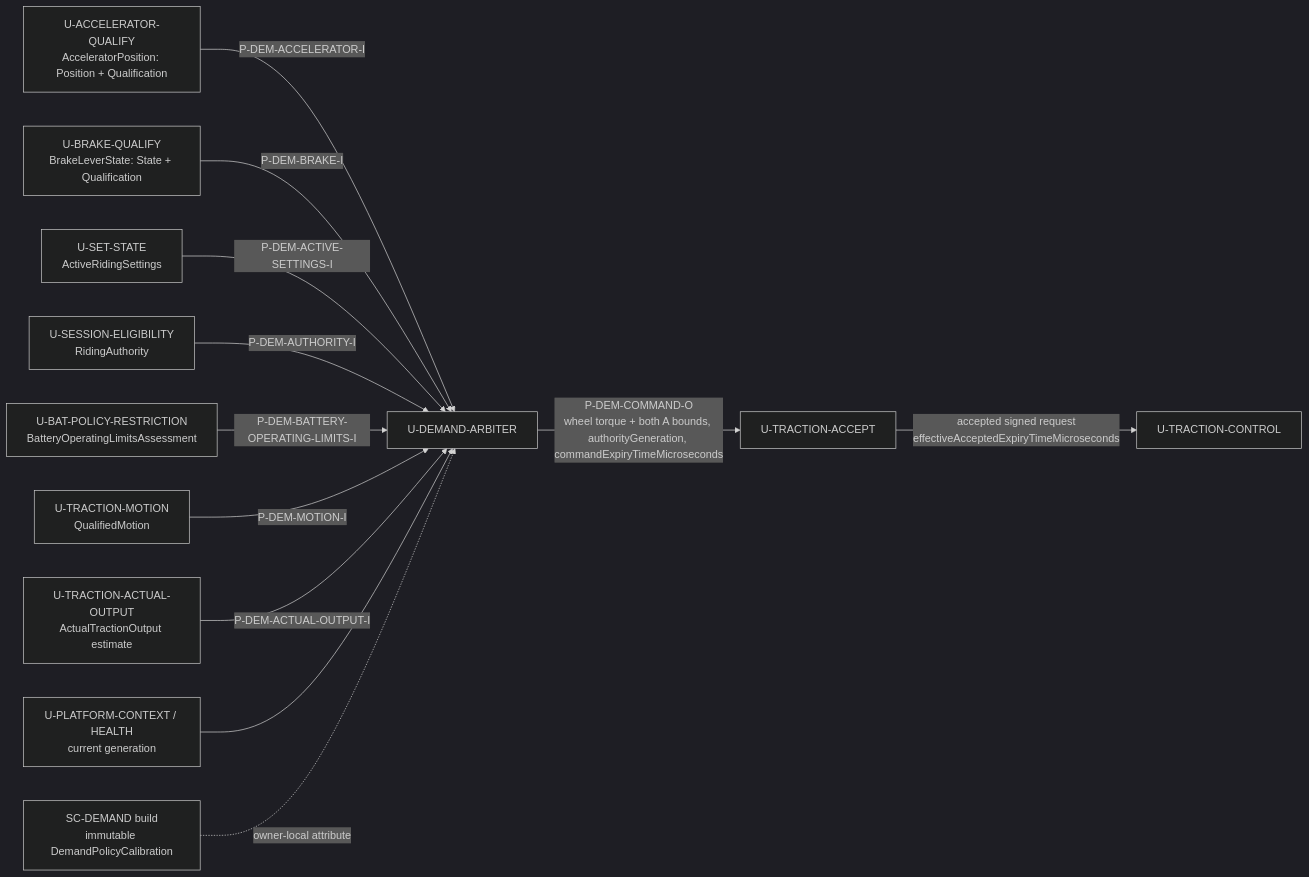
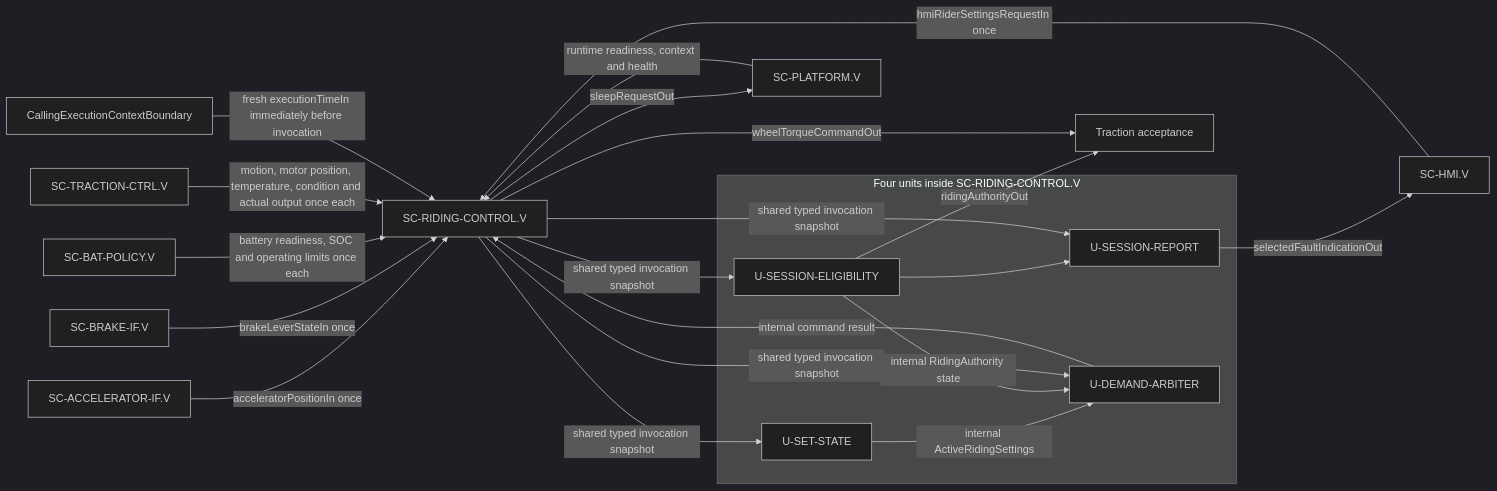
The eighth of 9 diagrams in .devenv/Architecture/SoftwareArchitecture/DetailedDesign/DD-003_Static_Software_Architecture_Views.md (dhellhake/X2CityMCU), drawn with Mermaid (dark theme) before and after one commit. The commit also changed other lines of this file and 93 other files, not shown here.

Commit message:
Refactored RidingControl on System Architecture

````diff
--- a/.devenv/Architecture/SoftwareArchitecture/DetailedDesign/DD-003_Static_Software_Architecture_Views.md
+++ b/.devenv/Architecture/SoftwareArchitecture/DetailedDesign/DD-003_Static_Software_Architecture_Views.md
@@ -268,14 +268,28 @@
 ```mermaid
 flowchart LR
-    ACC[U-ACCELERATOR-QUALIFY\nAcceleratorPosition: Position + Qualification] -->|P-DEM-ACCELERATOR-I| D[U-DEMAND-ARBITER]
-    BRK[U-BRAKE-QUALIFY\nBrakeLeverState: State + Qualification] -->|P-DEM-BRAKE-I| D
-    SET[U-SET-STATE\nActiveRidingSettings] -->|P-DEM-ACTIVE-SETTINGS-I| D
-    SES["U-SESSION-ELIGIBILITY<br/>RidingAuthority"] -->|P-DEM-AUTHORITY-I| D
-    BAT["U-BAT-POLICY-RESTRICTION<br/>BatteryOperatingLimitsAssessment"] -->|P-DEM-BATTERY-OPERATING-LIMITS-I| D
-    MOT[U-TRACTION-MOTION\nQualifiedMotion] -->|P-DEM-MOTION-I| D
-    OUT[U-TRACTION-ACTUAL-OUTPUT\nActualTractionOutput estimate] -->|P-DEM-ACTUAL-OUTPUT-I| D
-    PLT[U-PLATFORM-CONTEXT / HEALTH\ncurrent generation] --> D
-    CAL[SC-DEMAND build\nimmutable DemandPolicyCalibration] -.->|owner-local attribute| D
-    D -->|"P-DEM-COMMAND-O<br/>wheel torque + both A bounds, authorityGeneration, commandExpiryTimeMicroseconds"| TA[U-TRACTION-ACCEPT]
-    TA -->|accepted signed request\neffectiveAcceptedExpiryTimeMicroseconds| TC[U-TRACTION-CONTROL]
+    ACC[SC-ACCELERATOR-IF.V] -->|acceleratorPositionIn once| RC[SC-RIDING-CONTROL.V]
+    BRK[SC-BRAKE-IF.V] -->|brakeLeverStateIn once| RC
+    HMI[SC-HMI.V] -->|hmiRiderSettingsRequestIn once| RC
+    BAT[SC-BAT-POLICY.V] -->|battery readiness, SOC and operating limits once each| RC
+    TR[SC-TRACTION-CTRL.V] -->|motion, motor position, temperature, condition and actual output once each| RC
+    PLT[SC-PLATFORM.V] -->|runtime readiness, context and health| RC
+    CALL[CallingExecutionContextBoundary] -->|fresh executionTimeIn immediately before invocation| RC
+    subgraph Internal[Four units inside SC-RIDING-CONTROL.V]
+        SET[U-SET-STATE]
+        SES[U-SESSION-ELIGIBILITY]
+        REP[U-SESSION-REPORT]
+        D[U-DEMAND-ARBITER]
+        SET -->|internal ActiveRidingSettings| D
+        SES -->|internal RidingAuthority state| D
+        SES --> REP
+    end
+    RC -->|shared typed invocation snapshot| SET
+    RC -->|shared typed invocation snapshot| SES
+    RC -->|shared typed invocation snapshot| REP
+    RC -->|shared typed invocation snapshot| D
+    D -->|internal command result| RC
+    SES -->|ridingAuthorityOut| TA[Traction acceptance]
+    RC -->|wheelTorqueCommandOut| TA
+    REP -->|selectedFaultIndicationOut| HMI
+    RC -->|sleepRequestOut| PLT
 ```
````
